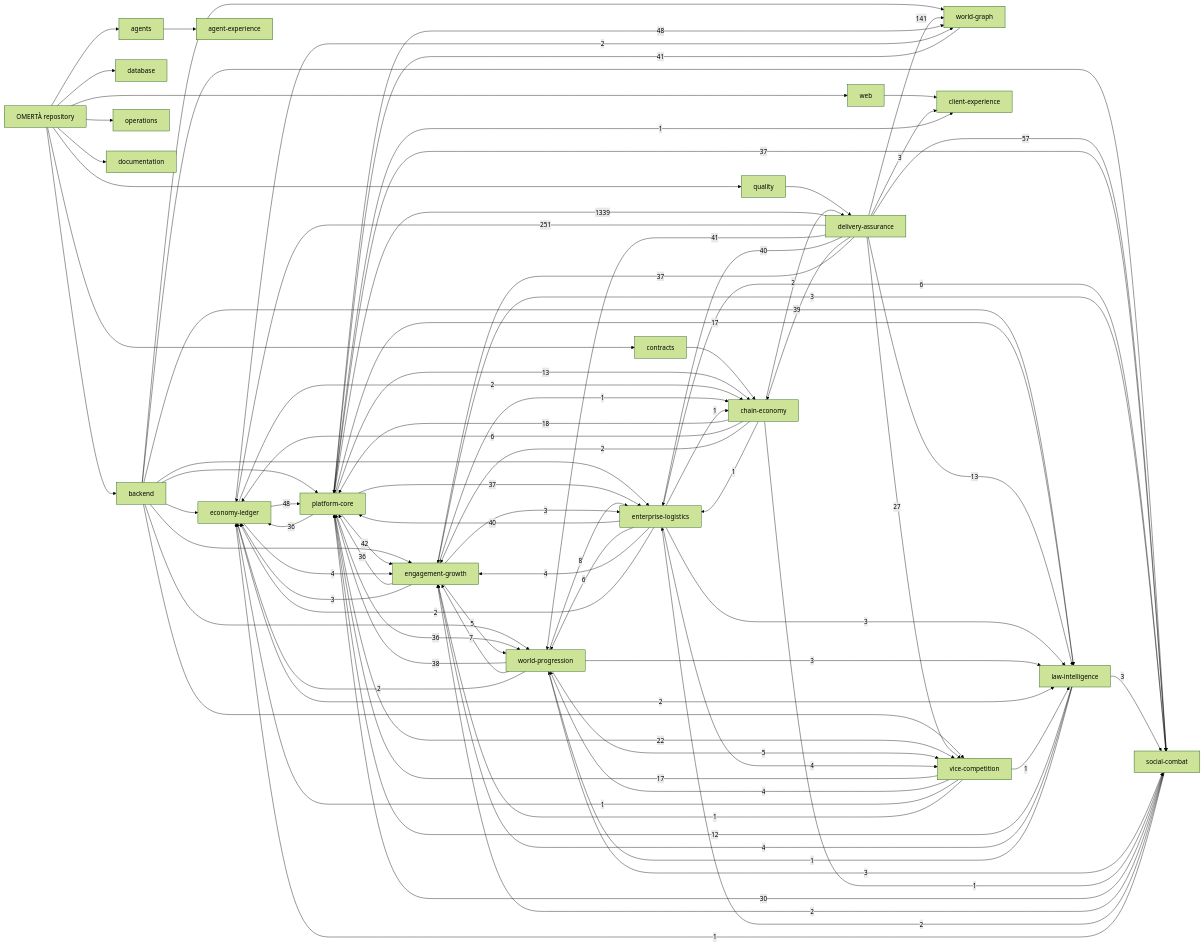
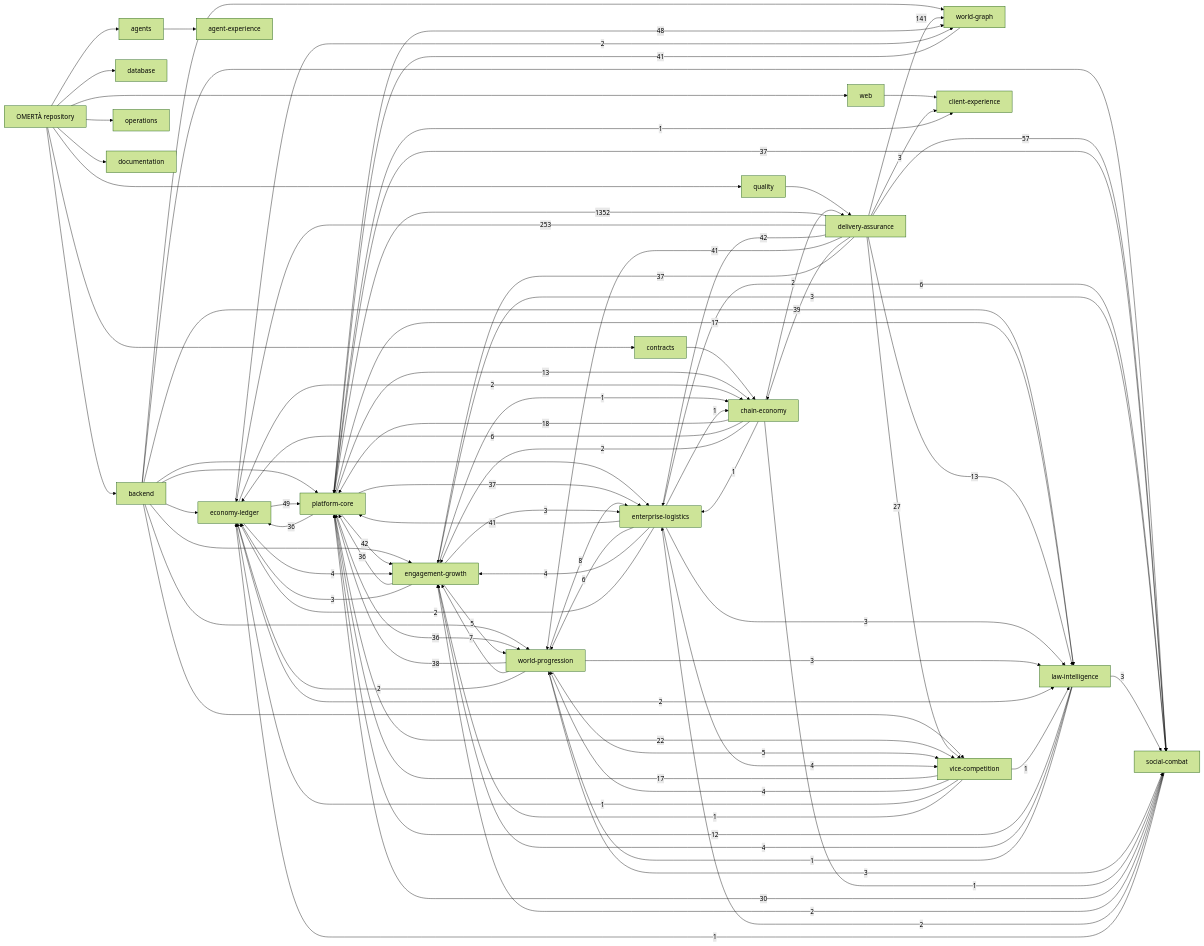
The diagram in knowledge/generated/graph.mmd (OmertaDev/Omerta), drawn with Mermaid (forest theme) before and after one commit. The commit also changed 8 other files, not shown here.

```diff
--- a/knowledge/generated/graph.mmd
+++ b/knowledge/generated/graph.mmd
@@ -1,111 +1,111 @@
 flowchart LR
   repo["OMERTÀ repository"]
   sub_backend["backend"]
   repo --> sub_backend
   sub_database["database"]
   repo --> sub_database
   sub_web["web"]
   repo --> sub_web
   sub_contracts["contracts"]
   repo --> sub_contracts
   sub_agents["agents"]
   repo --> sub_agents
   sub_quality["quality"]
   repo --> sub_quality
   sub_operations["operations"]
   repo --> sub_operations
   sub_documentation["documentation"]
   repo --> sub_documentation
   dom_platform-core["platform-core"]
   dom_economy-ledger["economy-ledger"]
   dom_social-combat["social-combat"]
   dom_world-progression["world-progression"]
   dom_world-graph["world-graph"]
   dom_enterprise-logistics["enterprise-logistics"]
   dom_vice-competition["vice-competition"]
   dom_law-intelligence["law-intelligence"]
   dom_chain-economy["chain-economy"]
   dom_engagement-growth["engagement-growth"]
   dom_client-experience["client-experience"]
   dom_agent-experience["agent-experience"]
   dom_delivery-assurance["delivery-assurance"]
   sub_agents --> dom_agent-experience
   sub_backend --> dom_economy-ledger
   sub_backend --> dom_engagement-growth
   sub_backend --> dom_enterprise-logistics
   sub_backend --> dom_law-intelligence
   sub_backend --> dom_platform-core
   sub_backend --> dom_social-combat
   sub_backend --> dom_vice-competition
   sub_backend --> dom_world-graph
   sub_backend --> dom_world-progression
   sub_contracts --> dom_chain-economy
   sub_quality --> dom_delivery-assurance
   sub_web --> dom_client-experience
-  dom_delivery-assurance -->|1339| dom_platform-core
-  dom_delivery-assurance -->|251| dom_economy-ledger
+  dom_delivery-assurance -->|1352| dom_platform-core
+  dom_delivery-assurance -->|253| dom_economy-ledger
   dom_delivery-assurance -->|141| dom_world-graph
   dom_delivery-assurance -->|57| dom_social-combat
-  dom_economy-ledger -->|48| dom_platform-core
+  dom_economy-ledger -->|49| dom_platform-core
   dom_platform-core -->|48| dom_world-graph
+  dom_delivery-assurance -->|42| dom_enterprise-logistics
   dom_platform-core -->|42| dom_engagement-growth
   dom_delivery-assurance -->|41| dom_world-progression
+  dom_enterprise-logistics -->|41| dom_platform-core
   dom_world-graph -->|41| dom_platform-core
-  dom_delivery-assurance -->|40| dom_enterprise-logistics
-  dom_enterprise-logistics -->|40| dom_platform-core
   dom_delivery-assurance -->|39| dom_chain-economy
   dom_world-progression -->|38| dom_platform-core
   dom_delivery-assurance -->|37| dom_engagement-growth
   dom_platform-core -->|37| dom_enterprise-logistics
   dom_platform-core -->|37| dom_social-combat
   dom_engagement-growth -->|36| dom_platform-core
   dom_platform-core -->|36| dom_economy-ledger
   dom_platform-core -->|36| dom_world-progression
   dom_social-combat -->|30| dom_platform-core
   dom_delivery-assurance -->|27| dom_vice-competition
   dom_platform-core -->|22| dom_vice-competition
   dom_chain-economy -->|18| dom_platform-core
   dom_platform-core -->|17| dom_law-intelligence
   dom_vice-competition -->|17| dom_platform-core
   dom_delivery-assurance -->|13| dom_law-intelligence
   dom_platform-core -->|13| dom_chain-economy
   dom_law-intelligence -->|12| dom_platform-core
   dom_world-progression -->|8| dom_enterprise-logistics
   dom_world-progression -->|7| dom_engagement-growth
   dom_chain-economy -->|6| dom_economy-ledger
   dom_enterprise-logistics -->|6| dom_social-combat
   dom_enterprise-logistics -->|6| dom_world-progression
   dom_engagement-growth -->|5| dom_world-progression
   dom_world-progression -->|5| dom_vice-competition
   dom_economy-ledger -->|4| dom_engagement-growth
   dom_enterprise-logistics -->|4| dom_engagement-growth
   dom_enterprise-logistics -->|4| dom_vice-competition
   dom_law-intelligence -->|4| dom_engagement-growth
   dom_vice-competition -->|4| dom_world-progression
   dom_delivery-assurance -->|3| dom_client-experience
   dom_engagement-growth -->|3| dom_economy-ledger
   dom_engagement-growth -->|3| dom_enterprise-logistics
   dom_engagement-growth -->|3| dom_social-combat
   dom_enterprise-logistics -->|3| dom_law-intelligence
   dom_law-intelligence -->|3| dom_social-combat
   dom_world-progression -->|3| dom_law-intelligence
   dom_world-progression -->|3| dom_social-combat
   dom_chain-economy -->|2| dom_delivery-assurance
   dom_chain-economy -->|2| dom_engagement-growth
   dom_economy-ledger -->|2| dom_chain-economy
   dom_economy-ledger -->|2| dom_law-intelligence
   dom_economy-ledger -->|2| dom_world-graph
   dom_enterprise-logistics -->|2| dom_economy-ledger
   dom_social-combat -->|2| dom_engagement-growth
   dom_social-combat -->|2| dom_enterprise-logistics
   dom_world-progression -->|2| dom_economy-ledger
   dom_chain-economy -->|1| dom_enterprise-logistics
   dom_chain-economy -->|1| dom_social-combat
   dom_engagement-growth -->|1| dom_chain-economy
   dom_enterprise-logistics -->|1| dom_chain-economy
   dom_law-intelligence -->|1| dom_world-progression
   dom_platform-core -->|1| dom_client-experience
   dom_social-combat -->|1| dom_economy-ledger
   dom_vice-competition -->|1| dom_economy-ledger
   dom_vice-competition -->|1| dom_engagement-growth
   dom_vice-competition -->|1| dom_law-intelligence
```
